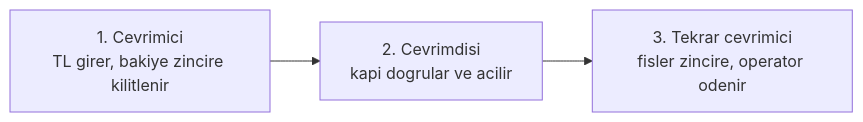
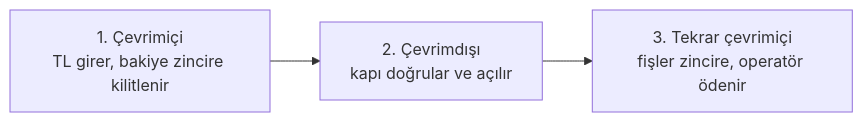
The diagram in README.tr.md (hyrlhc/offgate), drawn with Mermaid before and after one commit. The commit also changed other lines of this file, not shown here.

````diff
--- a/README.tr.md
+++ b/README.tr.md
@@ -70,7 +70,7 @@
 ```mermaid
 flowchart LR
-    A["1. Cevrimici<br/>TL girer, bakiye zincire kilitlenir"]
-    B["2. Cevrimdisi<br/>kapi dogrular ve acilir"]
-    C["3. Tekrar cevrimici<br/>fisler zincire, operator odenir"]
+    A["1. Çevrimiçi<br/>TL girer, bakiye zincire kilitlenir"]
+    B["2. Çevrimdışı<br/>kapı doğrular ve açılır"]
+    C["3. Tekrar çevrimiçi<br/>fişler zincire, operatör ödenir"]
     A --> B --> C
 ```
````
